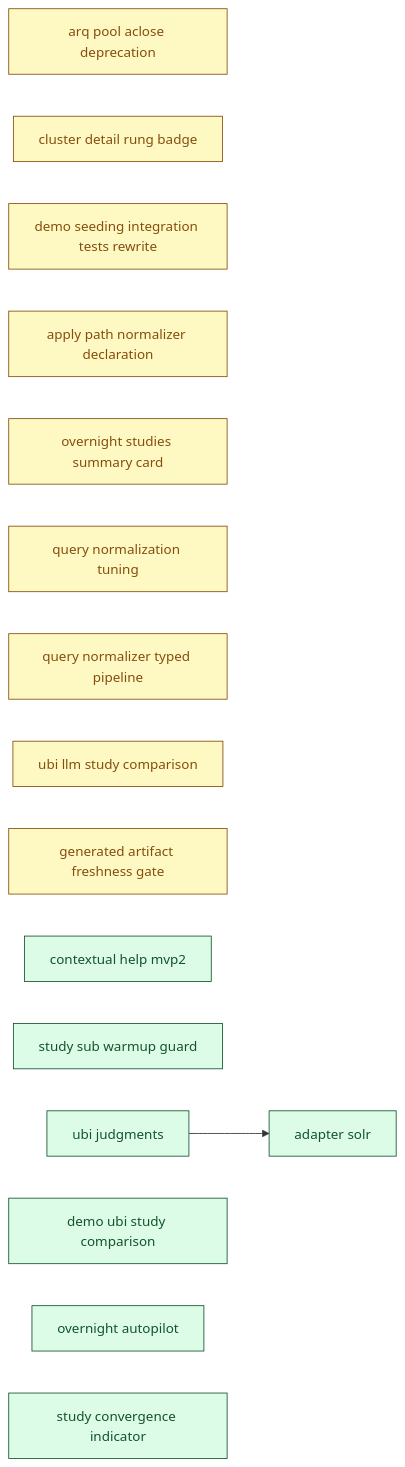
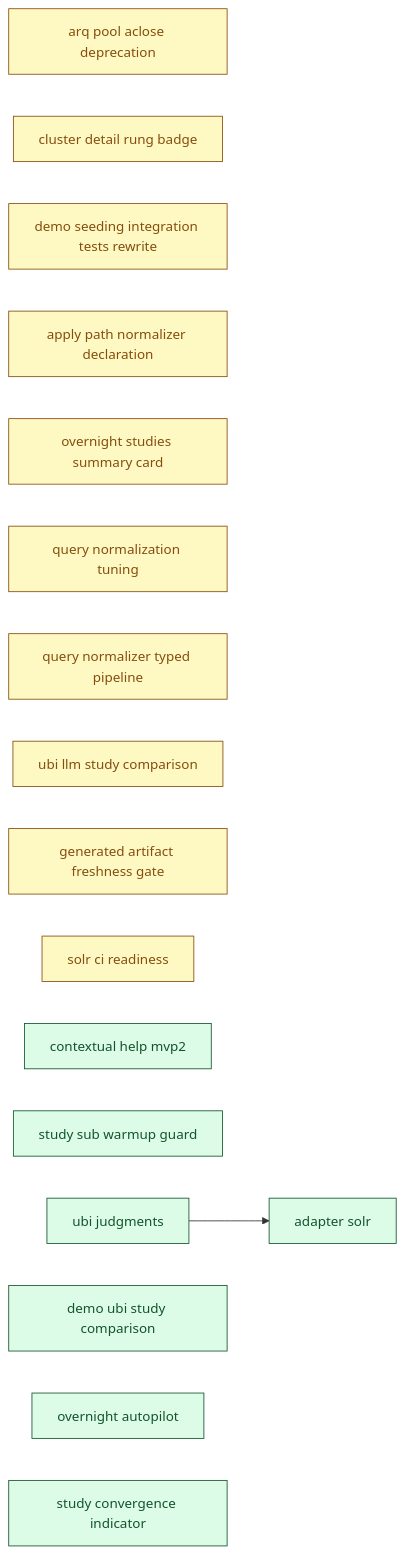
One commit to SoundMindsAI/relyloop changed the diagram in docs/00_overview/MVP2_DASHBOARD.md. Above: the diagram before and after it, drawn with Mermaid. The commit also changed other lines of this file and 28 other files, not shown here.

First line of the commit message:
infra(solr-ci): unblock pr.yml backend job against Solr — skip-on-unreachable demo reseed (Phase 1) (#367)

````diff
--- a/docs/00_overview/MVP2_DASHBOARD.md
+++ b/docs/00_overview/MVP2_DASHBOARD.md
@@ -100,41 +101,43 @@
 ```mermaid
 graph LR
   classDef done fill:#dcfce7,stroke:#14532d,color:#14532d;
   classDef implement fill:#ffedd5,stroke:#9a3412,color:#9a3412;
   classDef plan fill:#fef9c3,stroke:#854d0e,color:#854d0e;
   classDef spec fill:#dbeafe,stroke:#1e40af,color:#1e40af;
   classDef idea fill:#f1f5f9,stroke:#334155,color:#334155;
   chore_arq_pool_aclose_deprecation["arq pool aclose deprecation"]
   class chore_arq_pool_aclose_deprecation plan;
   chore_cluster_detail_rung_badge["cluster detail rung badge"]
   class chore_cluster_detail_rung_badge plan;
   chore_demo_seeding_integration_tests_rewrite["demo seeding integration tests rewrite"]
   class chore_demo_seeding_integration_tests_rewrite plan;
   feat_apply_path_normalizer_declaration["apply path normalizer declaration"]
   class feat_apply_path_normalizer_declaration plan;
   feat_overnight_studies_summary_card["overnight studies summary card"]
   class feat_overnight_studies_summary_card plan;
   feat_query_normalization_tuning["query normalization tuning"]
   class feat_query_normalization_tuning plan;
   feat_query_normalizer_typed_pipeline["query normalizer typed pipeline"]
   class feat_query_normalizer_typed_pipeline plan;
   feat_ubi_llm_study_comparison["ubi llm study comparison"]
   class feat_ubi_llm_study_comparison plan;
   infra_generated_artifact_freshness_gate["generated artifact freshness gate"]
   class infra_generated_artifact_freshness_gate plan;
+  infra_solr_ci_readiness["solr ci readiness"]
+  class infra_solr_ci_readiness plan;
   feat_contextual_help_mvp2["contextual help mvp2"]
   class feat_contextual_help_mvp2 done;
   feat_study_sub_warmup_guard["study sub warmup guard"]
   class feat_study_sub_warmup_guard done;
   feat_ubi_judgments["ubi judgments"]
   class feat_ubi_judgments done;
   feat_demo_ubi_study_comparison["demo ubi study comparison"]
   class feat_demo_ubi_study_comparison done;
   feat_overnight_autopilot["overnight autopilot"]
   class feat_overnight_autopilot done;
   infra_adapter_solr["adapter solr"]
   class infra_adapter_solr done;
   feat_study_convergence_indicator["study convergence indicator"]
   class feat_study_convergence_indicator done;
   feat_ubi_judgments --> infra_adapter_solr
 ```
````
